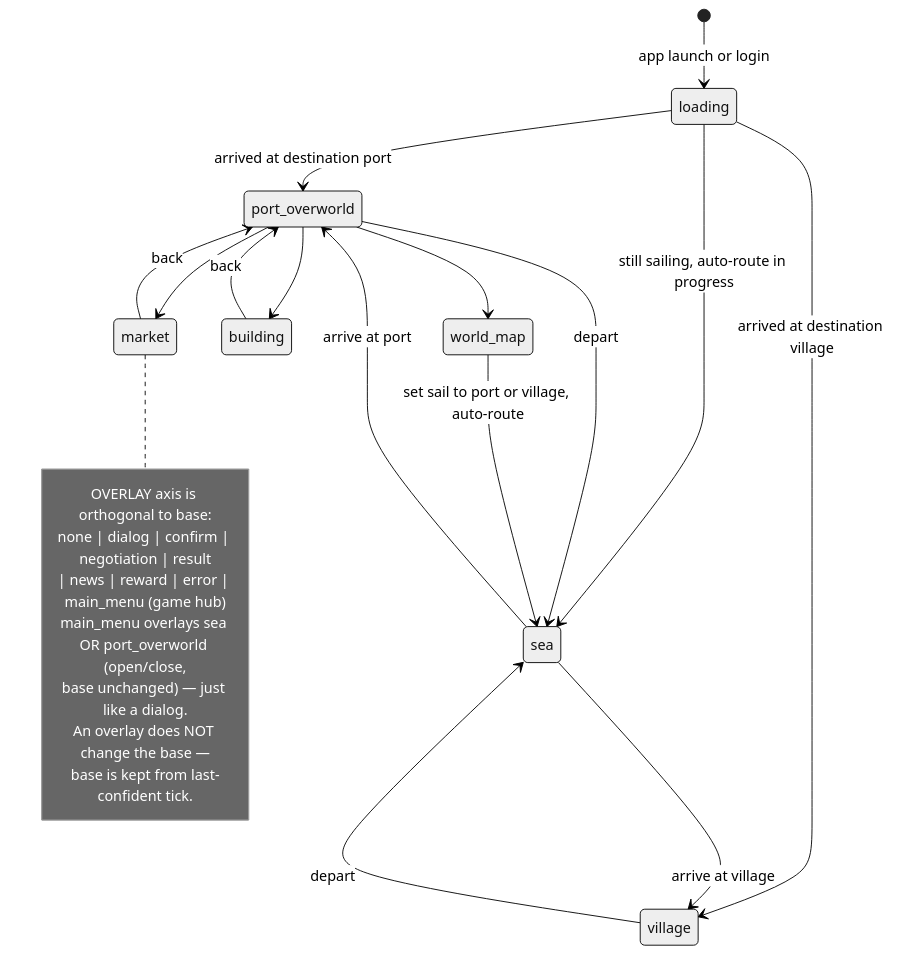
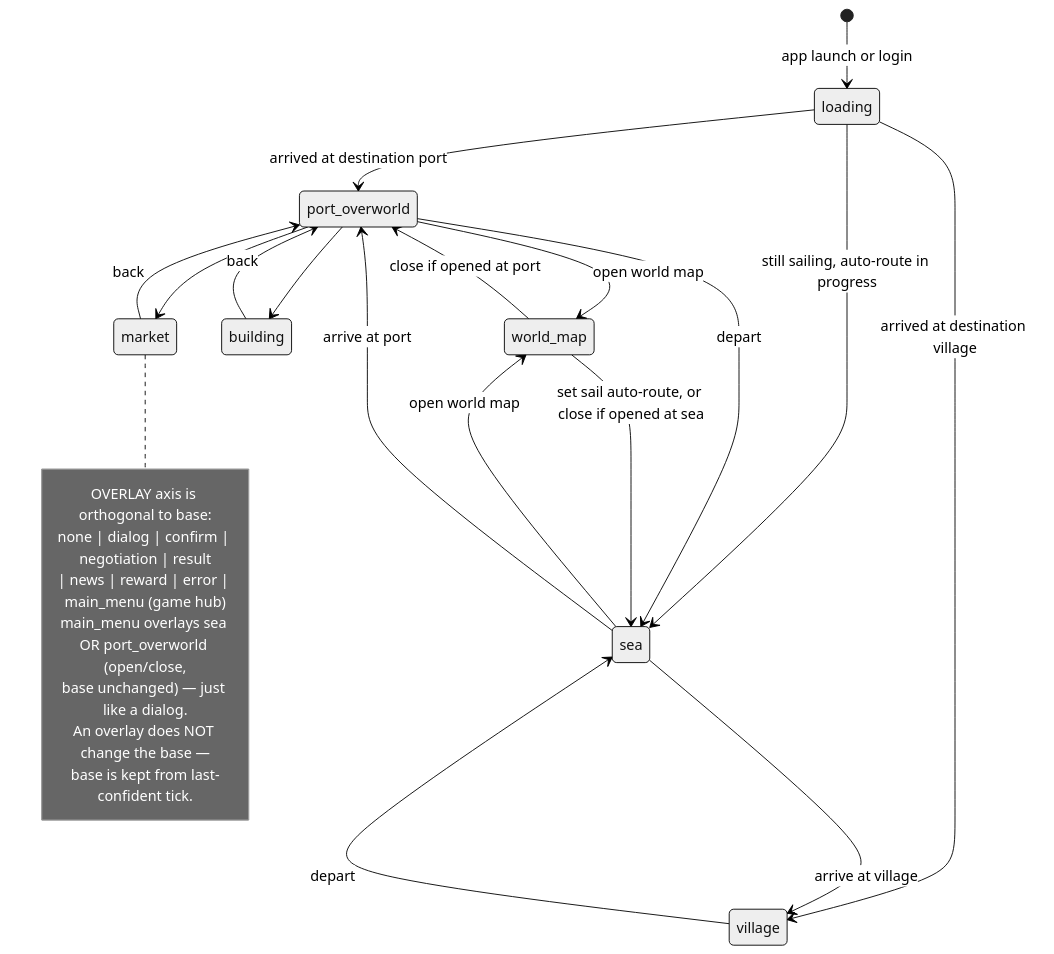
One commit to fortunatetumbleweed-commits/UWO-Bot changed the fourth of 11 diagrams in docs/new_design_diagrams.md. Above: the diagram before and after it, drawn with Mermaid (neutral theme).

Commit message:
docs: 2.1 — world map opens from BOTH sea and port; close returns to opener
Added sea --> world_map (bot currently opens it from sea for routing/localization;
it can also be opened from port). world_map --> sea (set sail auto-route, or close
if opened at sea) and world_map --> port_overworld (close if opened at port).

````diff
--- a/docs/new_design_diagrams.md
+++ b/docs/new_design_diagrams.md
@@ -107,27 +107,29 @@
 ```mermaid
 stateDiagram-v2
     [*] --> loading : app launch or login
     loading --> port_overworld : arrived at destination port
     loading --> village : arrived at destination village
     loading --> sea : still sailing, auto-route in progress
     port_overworld --> market
     port_overworld --> building
-    port_overworld --> world_map
+    port_overworld --> world_map : open world map
     port_overworld --> sea : depart
-    world_map --> sea : set sail to port or village, auto-route
+    sea --> world_map : open world map
+    world_map --> sea : set sail auto-route, or close if opened at sea
+    world_map --> port_overworld : close if opened at port
     sea --> port_overworld : arrive at port
     sea --> village : arrive at village
     market --> port_overworld : back
     building --> port_overworld : back
     village --> sea : depart
 
     note right of market
       OVERLAY axis is orthogonal to base:
       none | dialog | confirm | negotiation | result
       | news | reward | error | main_menu (game hub)
       main_menu overlays sea OR port_overworld (open/close,
       base unchanged) — just like a dialog.
       An overlay does NOT change the base —
       base is kept from last-confident tick.
     end note
 ```
````
